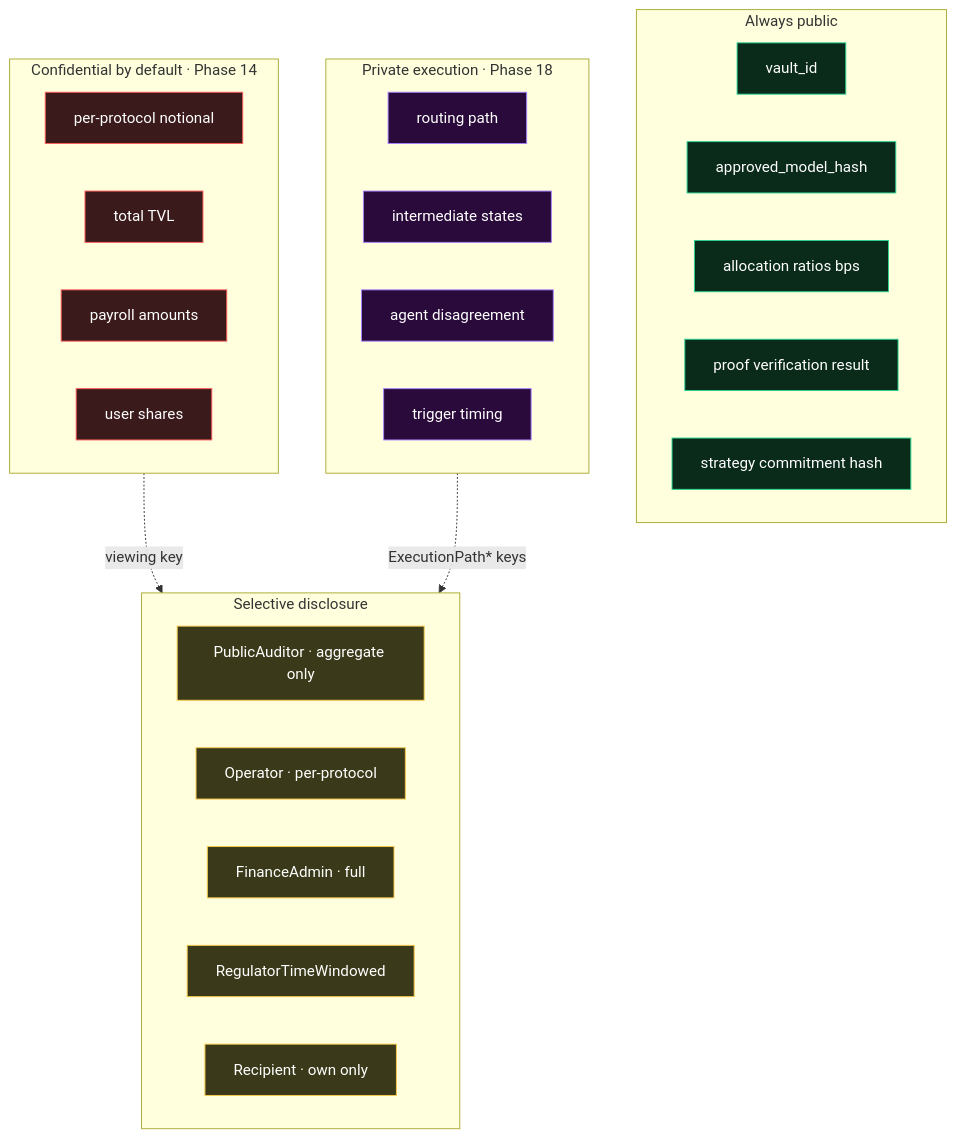
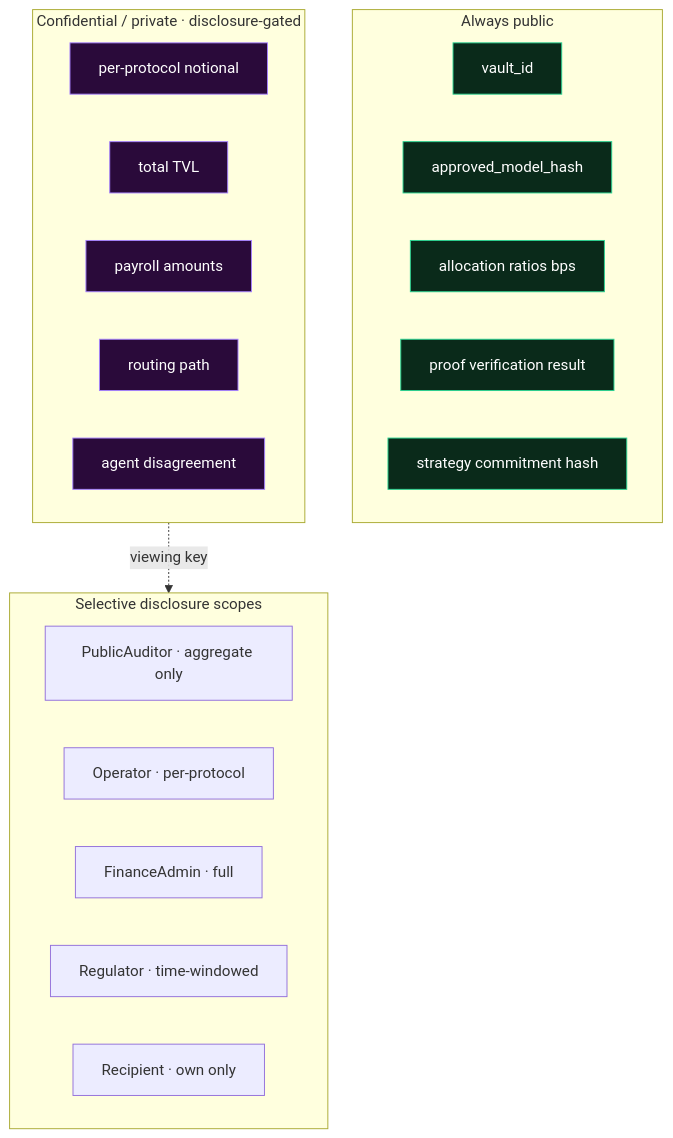
The ninth of 10 diagrams in README.md (Sushant6095/Atlas-protocol-colosseum-solana), drawn with Mermaid before and after one commit. The commit also changed other lines of this file, not shown here.

First line of the commit message:
fix(readme): split giant mermaid into 4 small ones · add badges · PNG placeholder for pipeline

````diff
--- a/README.md
+++ b/README.md
@@ -352,44 +321,33 @@
 ```mermaid
 graph TB
     subgraph PUB["Always public"]
         P1[vault_id]
         P2[approved_model_hash]
         P3[allocation ratios bps]
         P4[proof verification result]
         P5[strategy commitment hash]
     end
 
-    subgraph CONF["Confidential by default · Phase 14"]
+    subgraph SCOPED["Confidential / private · disclosure-gated"]
         C1[per-protocol notional]
         C2[total TVL]
         C3[payroll amounts]
-        C4[user shares]
+        C4[routing path]
+        C5[agent disagreement]
     end
 
-    subgraph PRIV["Private execution · Phase 18"]
-        E1[routing path]
-        E2[intermediate states]
-        E3[agent disagreement]
-        E4[trigger timing]
-    end
-
-    subgraph DISCLOSE["Selective disclosure"]
+    subgraph DISCLOSE["Selective disclosure scopes"]
         D1[PublicAuditor · aggregate only]
         D2[Operator · per-protocol]
         D3[FinanceAdmin · full]
-        D4[RegulatorTimeWindowed]
+        D4[Regulator · time-windowed]
         D5[Recipient · own only]
     end
 
-    CONF -.->|viewing key| DISCLOSE
-    PRIV -.->|ExecutionPath* keys| DISCLOSE
+    SCOPED -.->|viewing key| DISCLOSE
 
     classDef pub fill:#0a2a1a,stroke:#29d391,color:#fff
-    classDef conf fill:#3a1a1a,stroke:#ff5c5c,color:#fff
-    classDef priv fill:#2a0a3a,stroke:#a682ff,color:#fff
-    classDef disc fill:#3a3a1a,stroke:#f7c948,color:#fff
+    classDef scoped fill:#2a0a3a,stroke:#a682ff,color:#fff
     class P1,P2,P3,P4,P5 pub
-    class C1,C2,C3,C4 conf
-    class E1,E2,E3,E4 priv
-    class D1,D2,D3,D4,D5 disc
+    class C1,C2,C3,C4,C5 scoped
 ```
````
